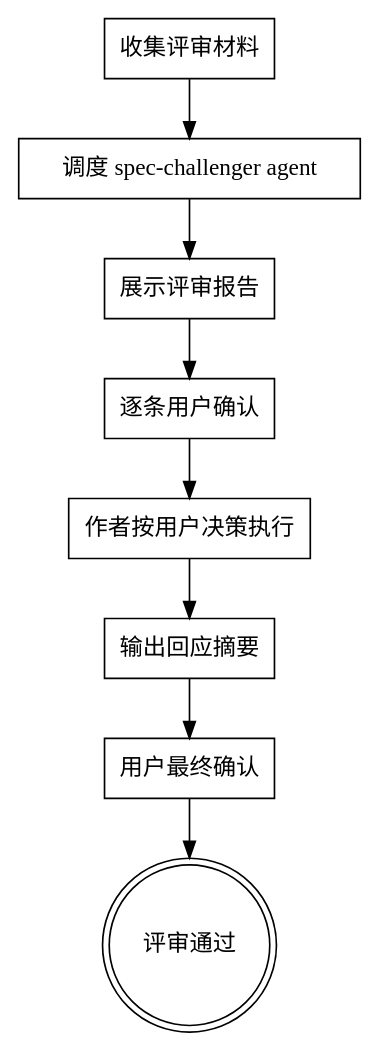
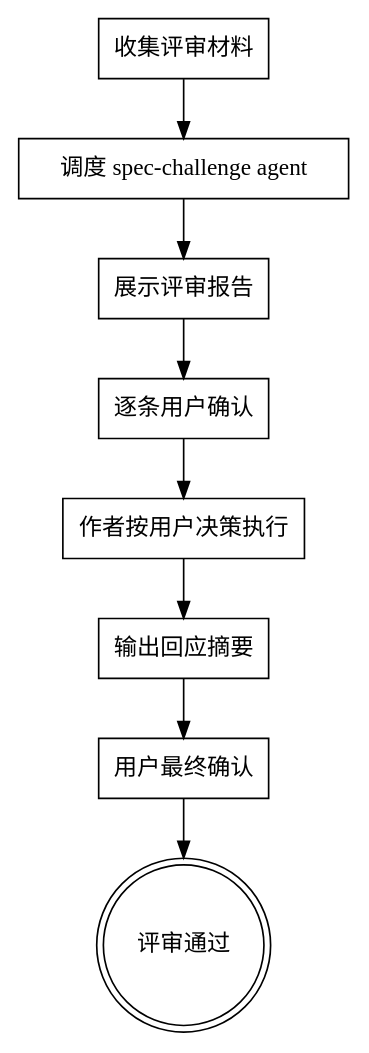
Before and after one commit to Aimeerrhythm/enterprise-change-workflow: the diagram in skills/spec-challenge/SKILL.md, drawn with Graphviz. The commit also changed other lines of this file and 12 other files, not shown here.

````diff
--- a/skills/spec-challenge/SKILL.md
+++ b/skills/spec-challenge/SKILL.md
@@ -21,22 +21,22 @@
 ```dot
 digraph spec_challenge {
   rankdir=TB;
 
   "收集评审材料" [shape=box];
-  "调度 spec-challenger agent" [shape=box];
+  "调度 spec-challenge agent" [shape=box];
   "展示评审报告" [shape=box];
   "逐条用户确认" [shape=box];
   "作者按用户决策执行" [shape=box];
   "输出回应摘要" [shape=box];
   "用户最终确认" [shape=box];
   "评审通过" [shape=doublecircle];
 
-  "收集评审材料" -> "调度 spec-challenger agent";
-  "调度 spec-challenger agent" -> "展示评审报告";
+  "收集评审材料" -> "调度 spec-challenge agent";
+  "调度 spec-challenge agent" -> "展示评审报告";
   "展示评审报告" -> "逐条用户确认";
   "逐条用户确认" -> "作者按用户决策执行";
   "作者按用户决策执行" -> "输出回应摘要";
   "输出回应摘要" -> "用户最终确认";
   "用户最终确认" -> "评审通过";
 }
 ```
````
